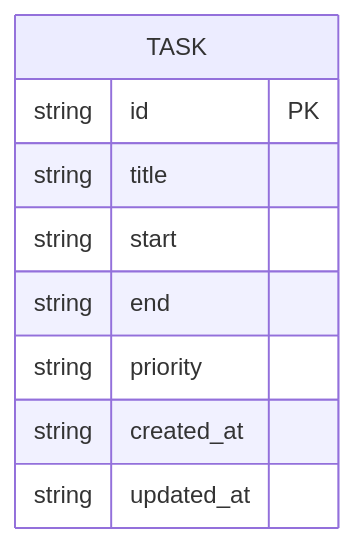
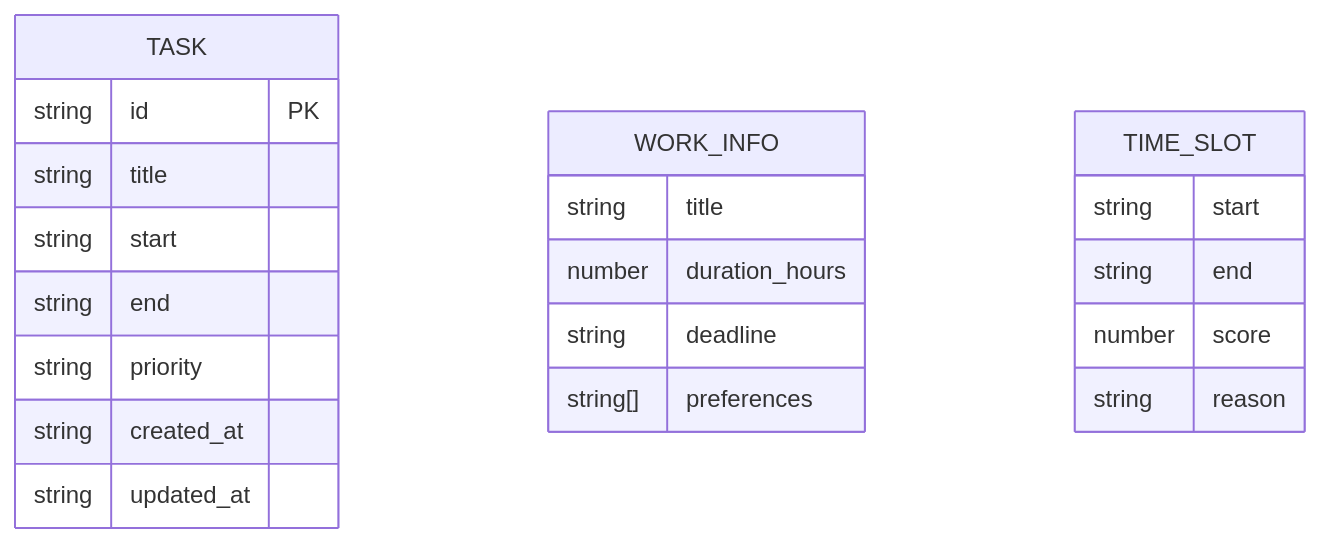
The third of 3 diagrams in .trae/documents/智能任务管理系统技术架构文档.md (wjjpku/SmartTime), drawn with Mermaid before and after one commit. The commit also changed other lines of this file and 28 other files, not shown here.

````diff
--- a/.trae/documents/智能任务管理系统技术架构文档.md
+++ b/.trae/documents/智能任务管理系统技术架构文档.md
@@ -147,12 +217,26 @@
 ```mermaid
 erDiagram
   TASK {
     string id PK
     string title
     string start
     string end
     string priority
     string created_at
     string updated_at
   }
+  
+  WORK_INFO {
+    string title
+    number duration_hours
+    string deadline
+    string[] preferences
+  }
+  
+  TIME_SLOT {
+    string start
+    string end
+    number score
+    string reason
+  }
 ```
````
